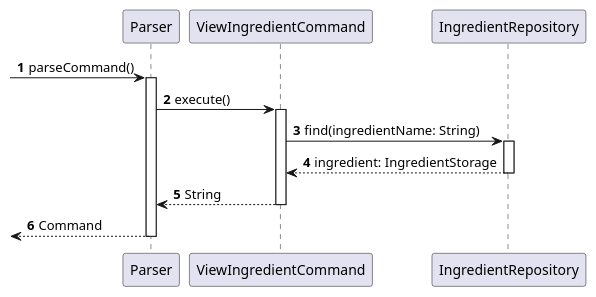
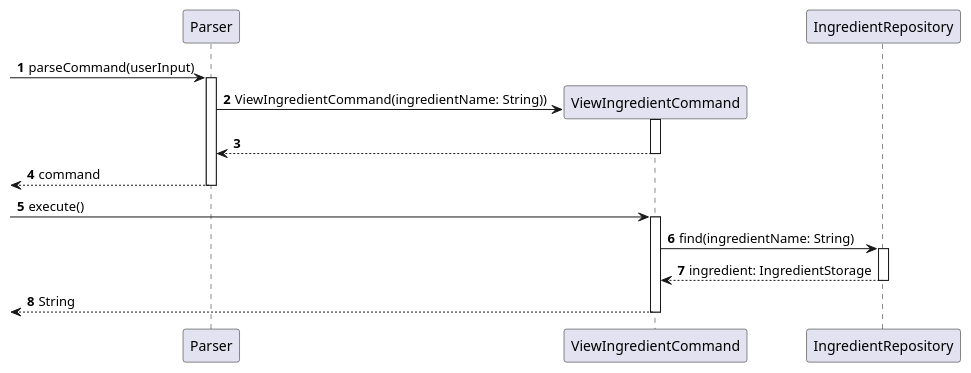
Before and after one commit to nus-cs2113-AY2122S1/tp: the diagram in docs/diagrams/ViewIngredient.puml, drawn with PlantUML. The commit also changed 8 other files, not shown here.

Commit message:
Update sequence diagram for DeleteExpiredIngredients Update  sequence diagram for List Update  sequence diagram for ListIngredientsExpired Update sequence diagram for ShoppingList Update  sequence diagram for UpdateUnits Update sequence diagram for ViewIngredient

```diff
--- a/docs/diagrams/ViewIngredient.puml
+++ b/docs/diagrams/ViewIngredient.puml
@@ -1,25 +1,29 @@
 @startuml
 'https://plantuml.com/sequence-diagram
 
 autonumber
 
--> Parser: parseCommand()
+-> Parser: parseCommand(userInput)
 activate Parser
 
-Parser -> ViewIngredientCommand: execute()
+create ViewIngredientCommand
+Parser -> ViewIngredientCommand: ViewIngredientCommand(ingredientName: String))
+activate ViewIngredientCommand
+
+return
+return command
+
+-> ViewIngredientCommand: execute()
 activate ViewIngredientCommand
 
 ViewIngredientCommand -> IngredientRepository: find(ingredientName: String)
 activate IngredientRepository
 
 IngredientRepository --> ViewIngredientCommand: ingredient: IngredientStorage
 deactivate IngredientRepository
 
-ViewIngredientCommand --> Parser: String
+<-- ViewIngredientCommand: String
 deactivate ViewIngredientCommand
-
-<-- Parser: Command
-deactivate Parser
 
 
 @enduml
```
